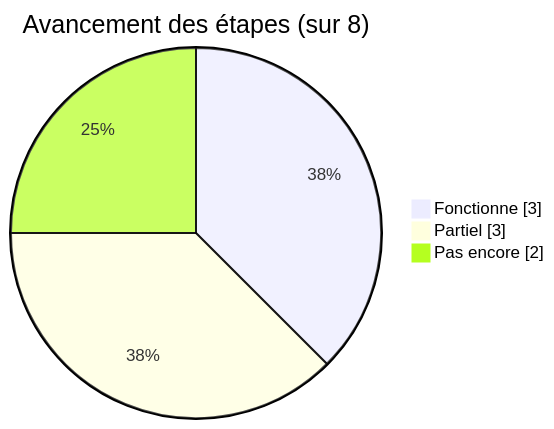
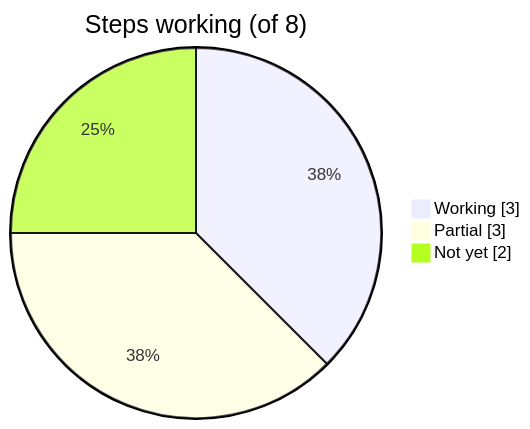
The first of 7 diagrams in README.md (Cyanexani/cold-project-vi), drawn with Mermaid before and after one commit. The commit also changed other lines of this file and 2 other files, not shown here.

````diff
--- a/README.md
+++ b/README.md
@@ -109,7 +87,7 @@
 ```mermaid
 pie showData
-    title Avancement des étapes (sur 8)
-    "Fonctionne" : 3
-    "Partiel" : 3
-    "Pas encore" : 2
+    title Steps working (of 8)
+    "Working" : 3
+    "Partial" : 3
+    "Not yet" : 2
 ```
````
